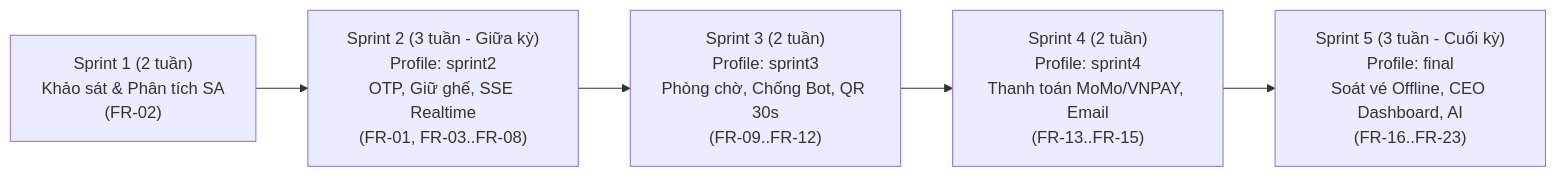
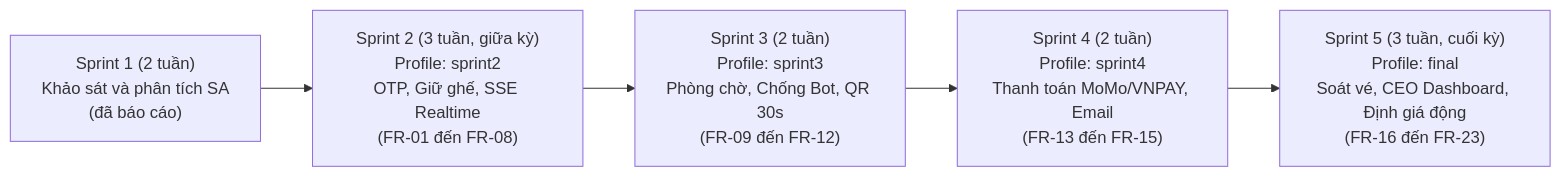
The second of 2 diagrams in docs/BAO_CAO_CUOI_CUNG_COSH301.md (nhansp/COSH301), drawn with Mermaid before and after one commit. The commit also changed other lines of this file, not shown here.

First line of the commit message:
docs: Correct the final report against the code and feature flags

````diff
--- a/docs/BAO_CAO_CUOI_CUNG_COSH301.md
+++ b/docs/BAO_CAO_CUOI_CUNG_COSH301.md
@@ -497,7 +596,7 @@
 ```mermaid
 flowchart LR
-    S1["Sprint 1 (2 tuần)\nKhảo sát & Phân tích SA\n(FR-02)"] --> S2["Sprint 2 (3 tuần - Giữa kỳ)\nProfile: sprint2\nOTP, Giữ ghế, SSE Realtime\n(FR-01, FR-03..FR-08)"]
-    S2 --> S3["Sprint 3 (2 tuần)\nProfile: sprint3\nPhòng chờ, Chống Bot, QR 30s\n(FR-09..FR-12)"]
-    S3 --> S4["Sprint 4 (2 tuần)\nProfile: sprint4\nThanh toán MoMo/VNPAY, Email\n(FR-13..FR-15)"]
-    S4 --> S5["Sprint 5 (3 tuần - Cuối kỳ)\nProfile: final\nSoát vé Offline, CEO Dashboard, AI\n(FR-16..FR-23)"]
+    S1["Sprint 1 (2 tuần)<br/>Khảo sát và phân tích SA<br/>(đã báo cáo)"] --> S2["Sprint 2 (3 tuần, giữa kỳ)<br/>Profile: sprint2<br/>OTP, Giữ ghế, SSE Realtime<br/>(FR-01 đến FR-08)"]
+    S2 --> S3["Sprint 3 (2 tuần)<br/>Profile: sprint3<br/>Phòng chờ, Chống Bot, QR 30s<br/>(FR-09 đến FR-12)"]
+    S3 --> S4["Sprint 4 (2 tuần)<br/>Profile: sprint4<br/>Thanh toán MoMo/VNPAY, Email<br/>(FR-13 đến FR-15)"]
+    S4 --> S5["Sprint 5 (3 tuần, cuối kỳ)<br/>Profile: final<br/>Soát vé, CEO Dashboard, Định giá động<br/>(FR-16 đến FR-23)"]
 ```
````
